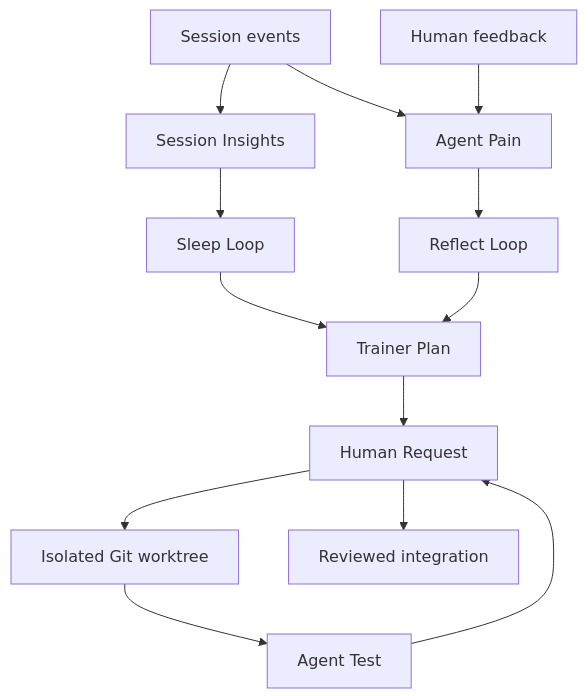
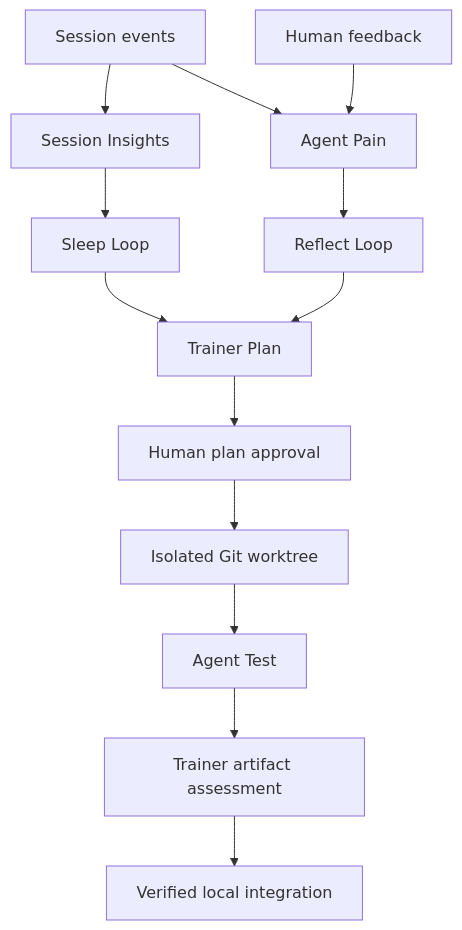
Before and after one commit to mozi-desk/mozi-forge: the diagram in docs/architecture.md, drawn with Mermaid. The commit also changed other lines of this file and 36 other files, not shown here.

First line of the commit message:
feat(trainer): automate execution after a single plan approval

````diff
--- a/docs/architecture.md
+++ b/docs/architecture.md
@@ -7,15 +7,15 @@
 ```mermaid
 flowchart TD
   S[Session events] --> I[Session Insights]
   S --> P[Agent Pain]
   H[Human feedback] --> P
   P --> R[Reflect Loop]
   I --> L[Sleep Loop]
   R --> T[Trainer Plan]
   L --> T
-  T --> Q[Human Request]
+  T --> Q[Human plan approval]
   Q --> W[Isolated Git worktree]
   W --> E[Agent Test]
-  E --> Q
-  Q --> M[Reviewed integration]
+  E --> A[Trainer artifact assessment]
+  A --> M[Verified local integration]
 ```
````
